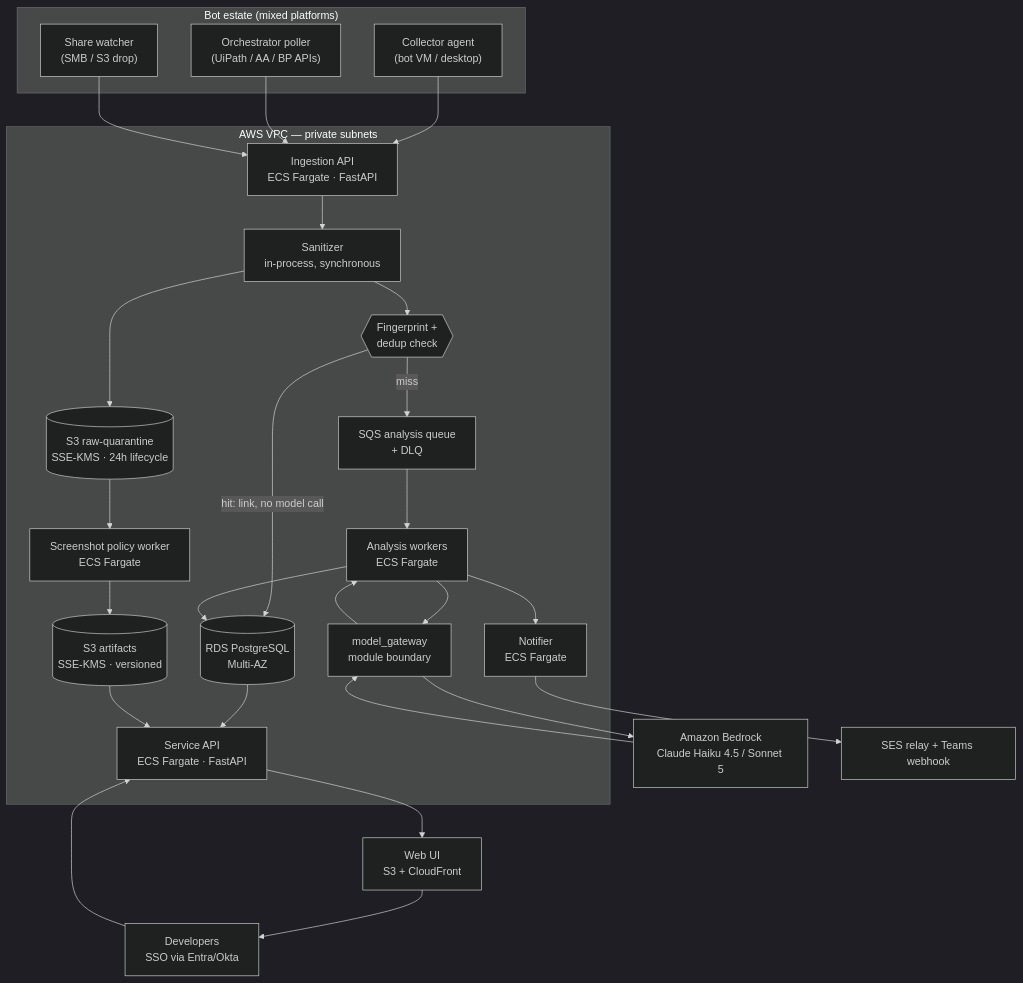
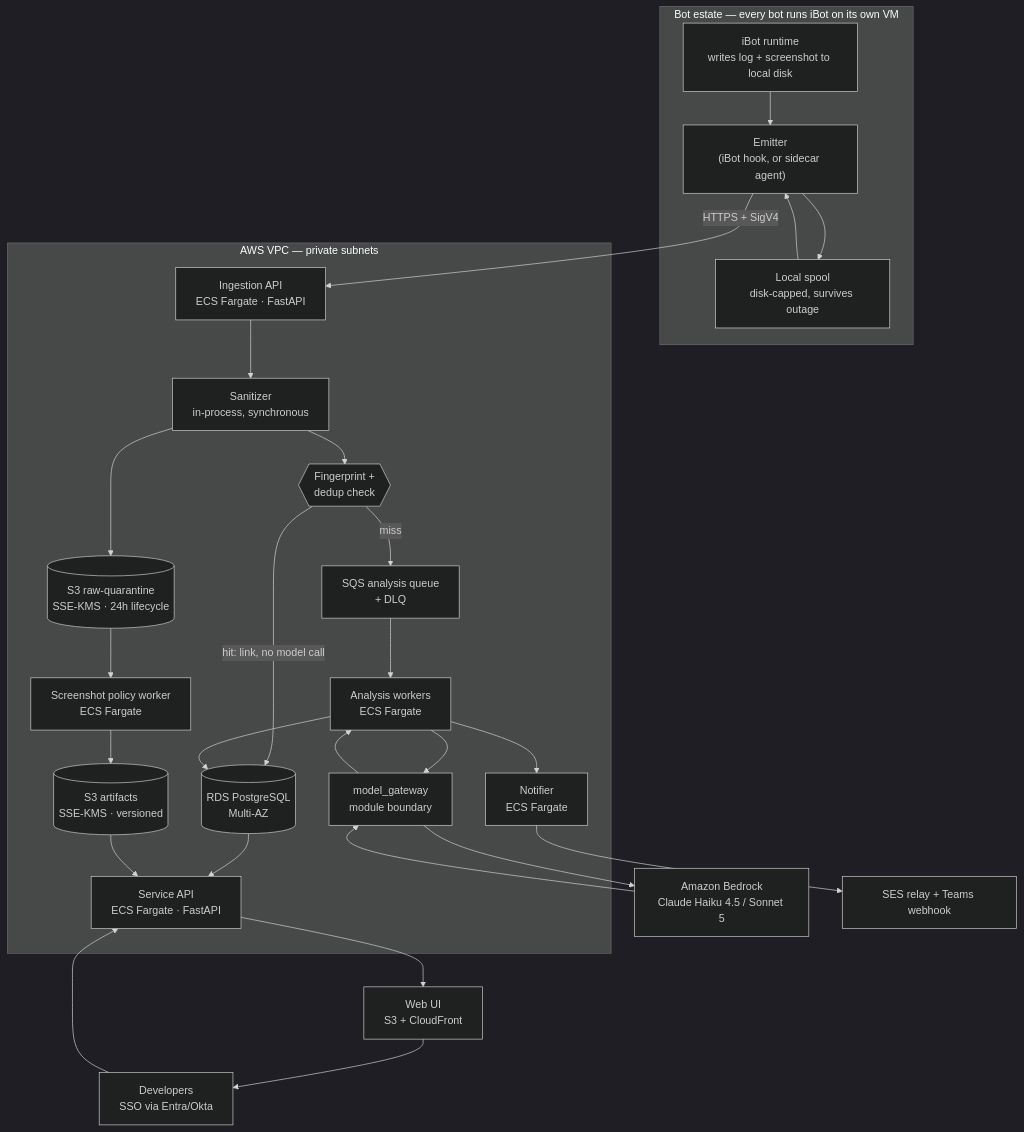
The diagram in docs/ARCHITECTURE.md (KalkiTerminator/Eagle_Eyes), drawn with Mermaid (dark theme) before and after one commit. The commit also changed other lines of this file and 5 other files, not shown here.

````diff
--- a/docs/ARCHITECTURE.md
+++ b/docs/ARCHITECTURE.md
@@ -43,52 +43,53 @@
 ```mermaid
 flowchart TB
-    subgraph Edge["Bot estate (mixed platforms)"]
-        A1["Collector agent<br/>(bot VM / desktop)"]
-        A2["Orchestrator poller<br/>(UiPath / AA / BP APIs)"]
-        A3["Share watcher<br/>(SMB / S3 drop)"]
+    subgraph Edge["Bot estate — every bot runs iBot on its own VM"]
+        A0["iBot runtime<br/>writes log + screenshot to local disk"]
+        A1["Emitter<br/>(iBot hook, or sidecar agent)"]
+        A2["Local spool<br/>disk-capped, survives outage"]
+        A0 --> A1
+        A1 --> A2
+        A2 --> A1
     end
 
     subgraph VPC["AWS VPC — private subnets"]
         B["Ingestion API<br/>ECS Fargate · FastAPI"]
         C["Sanitizer<br/>in-process, synchronous"]
         D[("S3 raw-quarantine<br/>SSE-KMS · 24h lifecycle")]
         E["Screenshot policy worker<br/>ECS Fargate"]
         F[("S3 artifacts<br/>SSE-KMS · versioned")]
         G[("RDS PostgreSQL<br/>Multi-AZ")]
         H{{"Fingerprint +<br/>dedup check"}}
         I["SQS analysis queue<br/>+ DLQ"]
         J["Analysis workers<br/>ECS Fargate"]
         K["model_gateway<br/>module boundary"]
         M["Service API<br/>ECS Fargate · FastAPI"]
         N["Notifier<br/>ECS Fargate"]
     end
 
     L["Amazon Bedrock<br/>Claude Haiku 4.5 / Sonnet 5"]
     O["SES relay + Teams webhook"]
     P["Web UI<br/>S3 + CloudFront"]
     Q["Developers<br/>SSO via Entra/Okta"]
 
-    A1 --> B
-    A2 --> B
-    A3 --> B
+    A1 -->|"HTTPS + SigV4"| B
     B --> C
     C --> D
     D --> E
     E --> F
     C --> H
     H -->|"hit: link, no model call"| G
     H -->|"miss"| I
     I --> J
     J --> K
     K --> L
     L --> K
     K --> J
     J --> G
     J --> N
     N --> O
     G --> M
     F --> M
     M --> P
     P --> Q
     Q --> M
 ```
````
